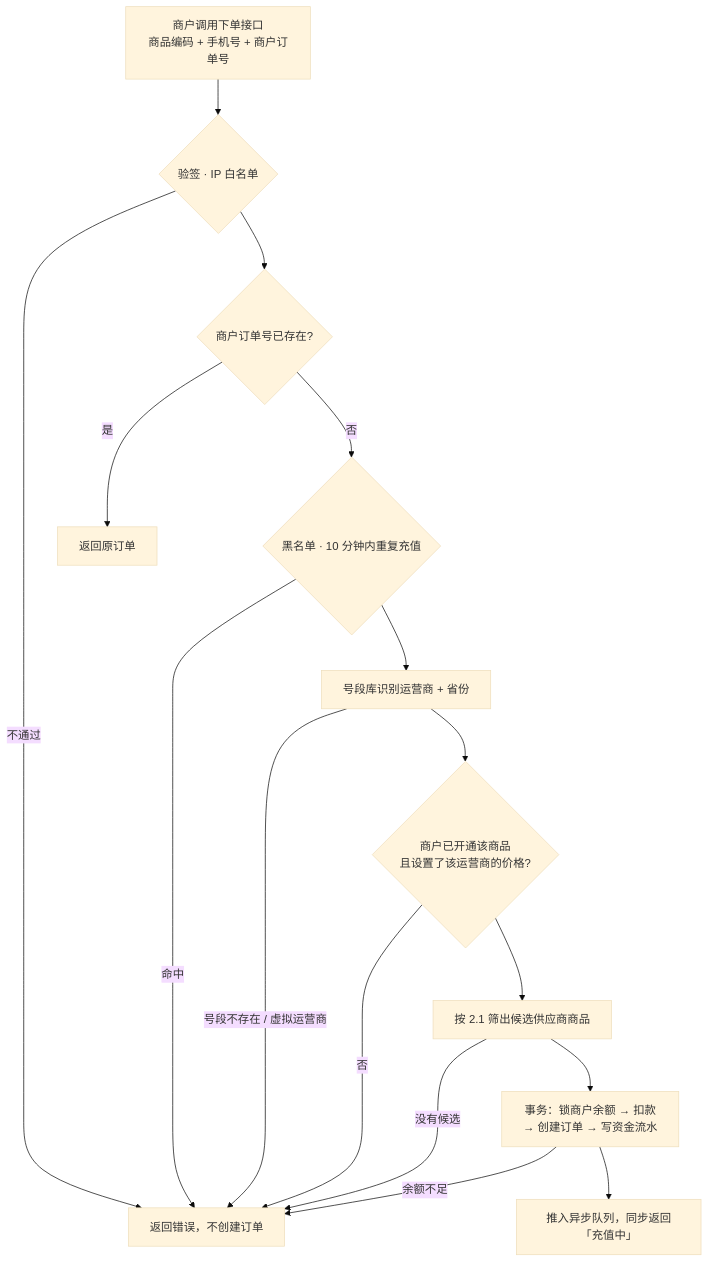
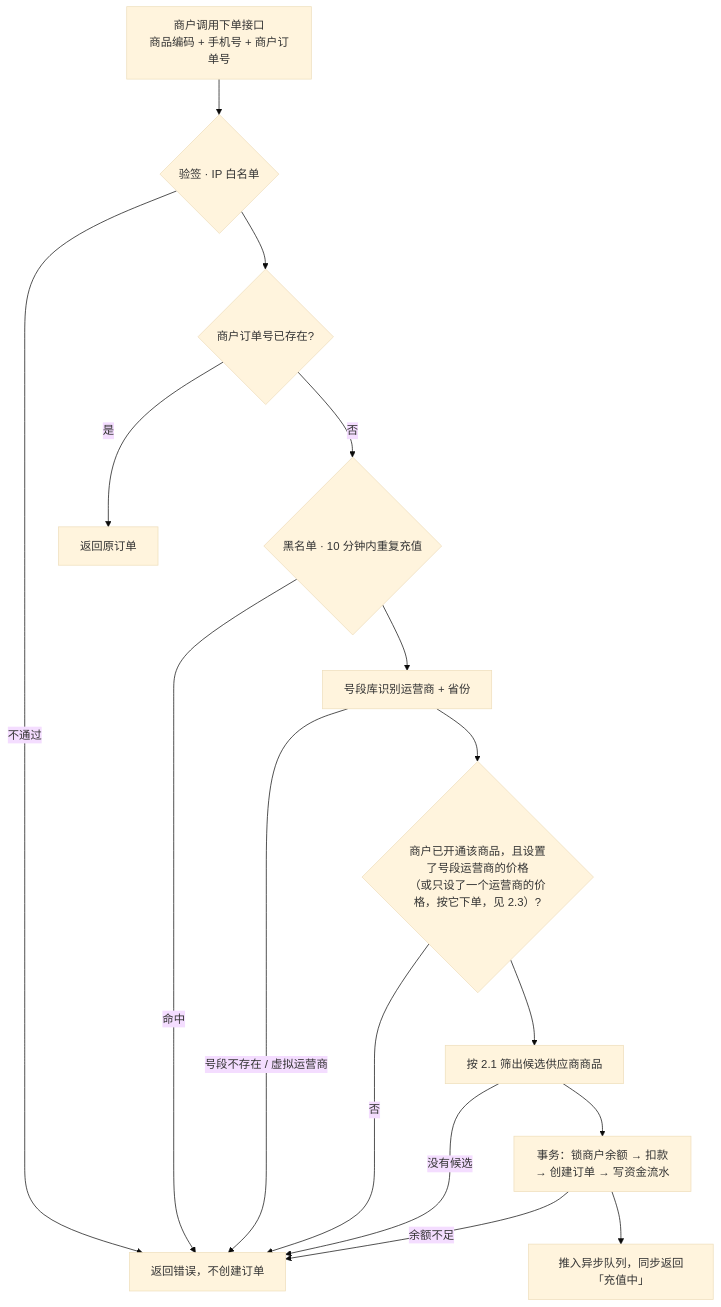
Before and after one commit to tankmask0924-ops/phoneBill: the second of 7 diagrams in docs/project.md, drawn with Mermaid (base theme). The commit also changed other lines of this file and 7 other files, not shown here.

````diff
--- a/docs/project.md
+++ b/docs/project.md
@@ -120,18 +121,18 @@
 ```mermaid
 flowchart TD
     A["商户调用下单接口<br/>商品编码 + 手机号 + 商户订单号"] --> B{"验签 · IP 白名单"}
     B -- 不通过 --> X[返回错误，不创建订单]
     B --> B1{商户订单号已存在?}
     B1 -- 是 --> B2[返回原订单]
     B1 -- 否 --> C{"黑名单 · 10 分钟内重复充值"}
     C -- 命中 --> X
     C --> D[号段库识别运营商 + 省份]
     D -- 号段不存在 / 虚拟运营商 --> X
-    D --> E{"商户已开通该商品<br/>且设置了该运营商的价格?"}
+    D --> E{"商户已开通该商品，且设置了号段运营商的价格<br/>（或只设了一个运营商的价格，按它下单，见 2.3）?"}
     E -- 否 --> X
     E --> F[按 2.1 筛出候选供应商商品]
     F -- 没有候选 --> X
     F --> G["事务：锁商户余额 → 扣款<br/>→ 创建订单 → 写资金流水"]
     G -- 余额不足 --> X
     G --> H[推入异步队列，同步返回「充值中」]
 ```
````
